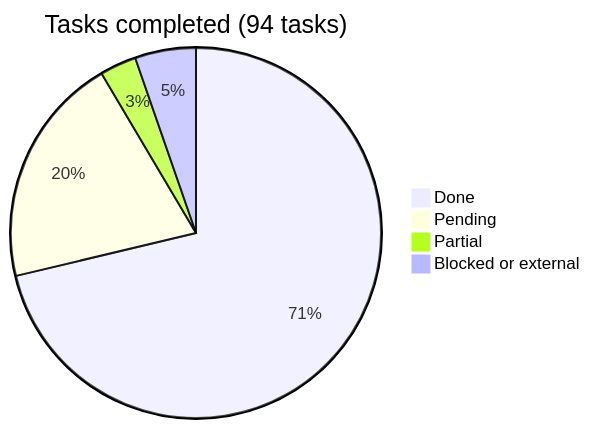
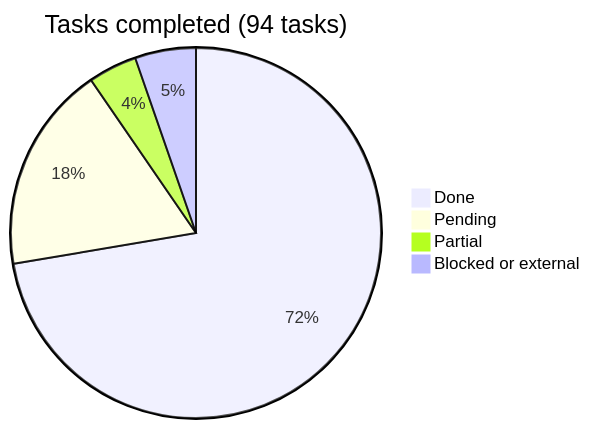
One commit to araguaney-lat/araguaney-app changed the diagram in docs/roadmap/README.md. Above: the diagram before and after it, drawn with Mermaid. The commit also changed other lines of this file and 11 other files, not shown here.

````diff
--- a/docs/roadmap/README.md
+++ b/docs/roadmap/README.md
@@ -12,7 +12,7 @@
 ```mermaid
 pie title Tasks completed (94 tasks)
-    "Done" : 67
-    "Pending" : 19
-    "Partial" : 3
+    "Done" : 68
+    "Pending" : 17
+    "Partial" : 4
     "Blocked or external" : 5
 ```
````
